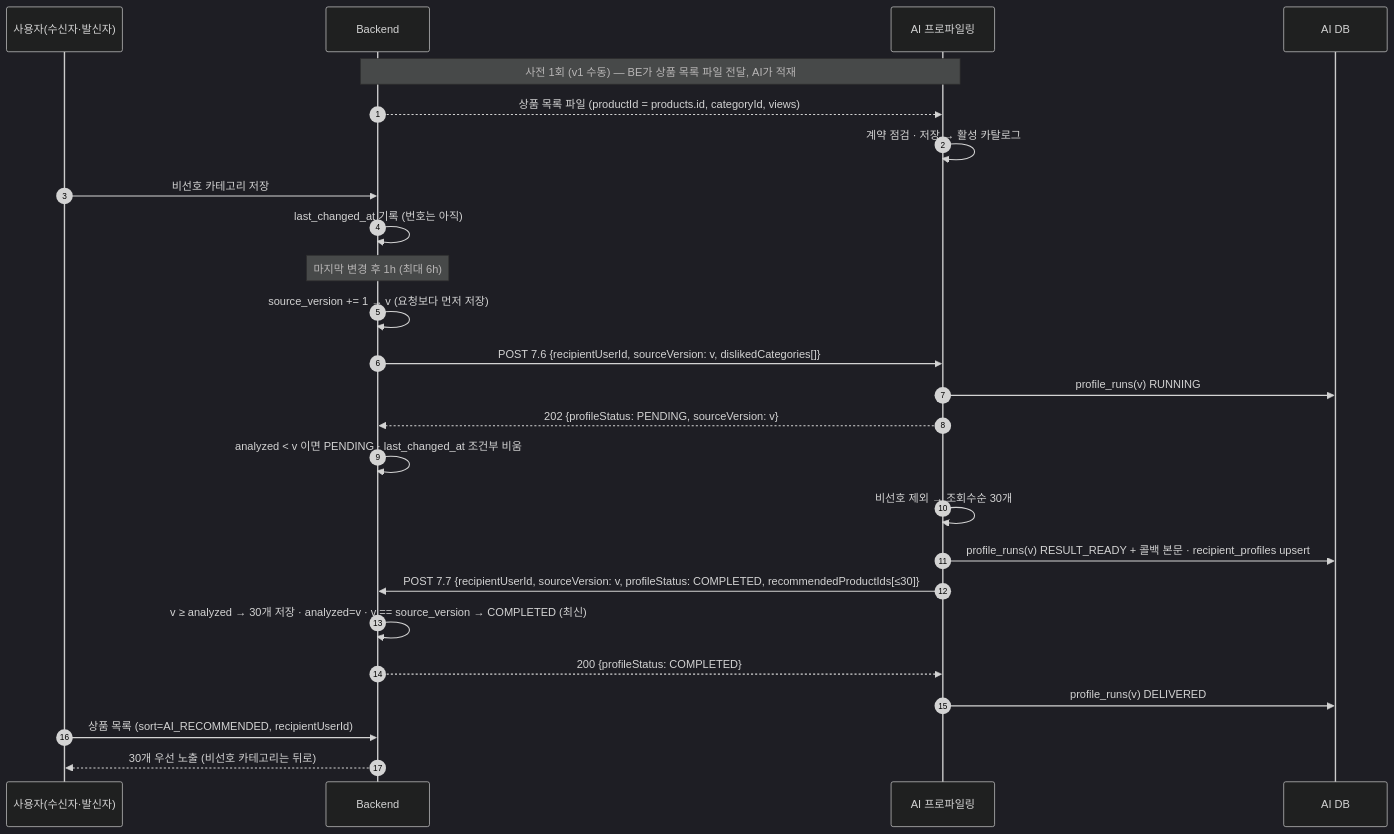
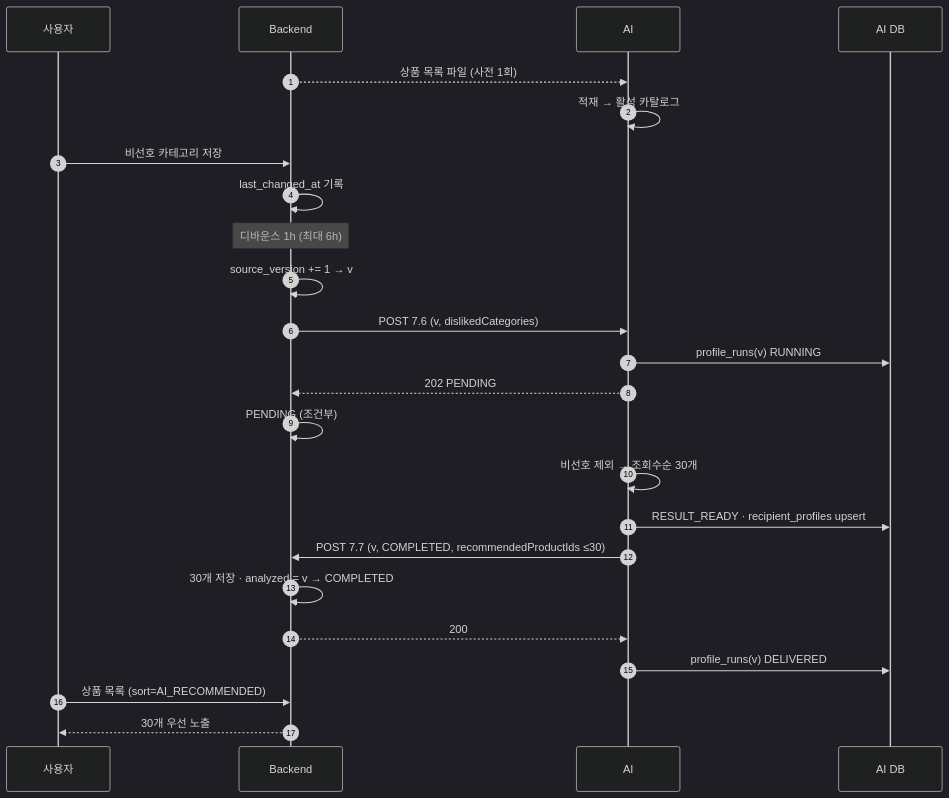
The first of 6 diagrams in profiling/docs/BE_연동_필드표_v1.md (100-hours-a-week/KTB4-12th-AI), drawn with Mermaid (dark theme) before and after one commit. The commit also changed other lines of this file and 70 other files, not shown here.

````diff
--- a/profiling/docs/BE_연동_필드표_v1.md
+++ b/profiling/docs/BE_연동_필드표_v1.md
@@ -284,27 +284,26 @@
 ```mermaid
 sequenceDiagram
   autonumber
-  participant U as 사용자(수신자·발신자)
+  participant U as 사용자
   participant BE as Backend
-  participant AI as AI 프로파일링
+  participant AI as AI
   participant DB as AI DB
-  Note over BE,AI: 사전 1회 (v1 수동) — BE가 상품 목록 파일 전달, AI가 적재
-  BE-->>AI: 상품 목록 파일 (productId = products.id, categoryId, views)
-  AI->>AI: 계약 점검 · 저장 → 활성 카탈로그
+  BE-->>AI: 상품 목록 파일 (사전 1회)
+  AI->>AI: 적재 → 활성 카탈로그
   U->>BE: 비선호 카테고리 저장
-  BE->>BE: last_changed_at 기록 (번호는 아직)
-  Note over BE: 마지막 변경 후 1h (최대 6h)
-  BE->>BE: source_version += 1 → v (요청보다 먼저 저장)
-  BE->>AI: POST 7.6 {recipientUserId, sourceVersion: v, dislikedCategories[]}
+  BE->>BE: last_changed_at 기록
+  Note over BE: 디바운스 1h (최대 6h)
+  BE->>BE: source_version += 1 → v
+  BE->>AI: POST 7.6 (v, dislikedCategories)
   AI->>DB: profile_runs(v) RUNNING
-  AI-->>BE: 202 {profileStatus: PENDING, sourceVersion: v}
-  BE->>BE: analyzed < v 이면 PENDING · last_changed_at 조건부 비움
+  AI-->>BE: 202 PENDING
+  BE->>BE: PENDING (조건부)
   AI->>AI: 비선호 제외 → 조회수순 30개
-  AI->>DB: profile_runs(v) RESULT_READY + 콜백 본문 · recipient_profiles upsert
-  AI->>BE: POST 7.7 {recipientUserId, sourceVersion: v, profileStatus: COMPLETED, recommendedProductIds[≤30]}
-  BE->>BE: v ≥ analyzed → 30개 저장 · analyzed=v · v == source_version → COMPLETED (최신)
-  BE-->>AI: 200 {profileStatus: COMPLETED}
+  AI->>DB: RESULT_READY · recipient_profiles upsert
+  AI->>BE: POST 7.7 (v, COMPLETED, recommendedProductIds ≤30)
+  BE->>BE: 30개 저장 · analyzed = v → COMPLETED
+  BE-->>AI: 200
   AI->>DB: profile_runs(v) DELIVERED
-  U->>BE: 상품 목록 (sort=AI_RECOMMENDED, recipientUserId)
-  BE-->>U: 30개 우선 노출 (비선호 카테고리는 뒤로)
+  U->>BE: 상품 목록 (sort=AI_RECOMMENDED)
+  BE-->>U: 30개 우선 노출
 ```
````
